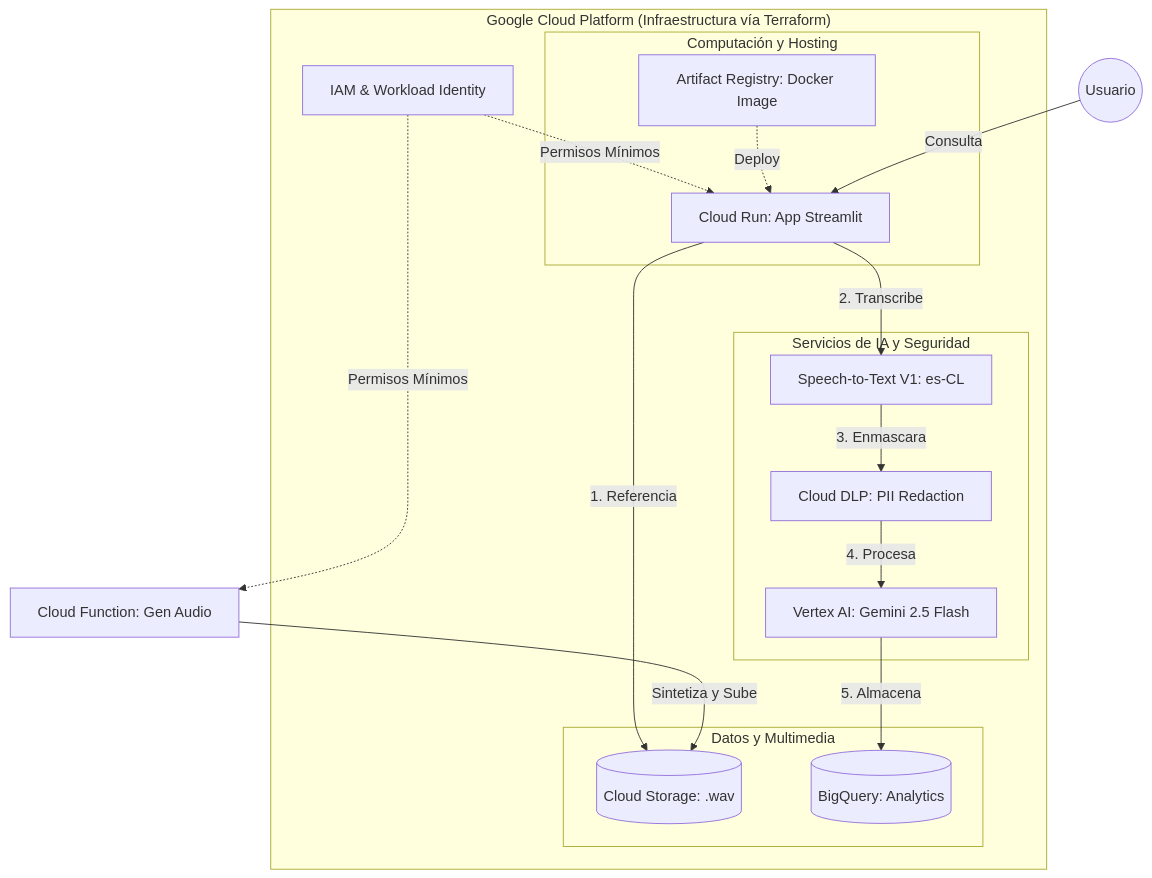
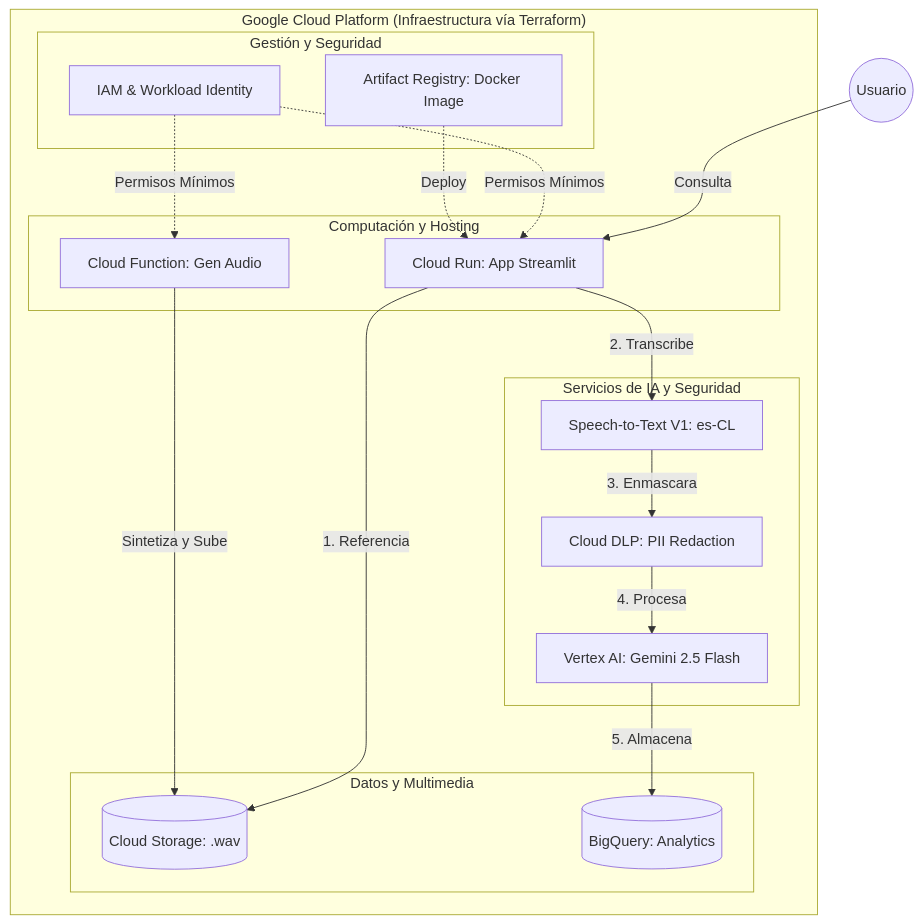
The diagram in README.md (sebastianorellana1156/gcp-speech-analytics), drawn with Mermaid before and after one commit.

Commit message:
docs: refine architecture diagram layout with subgraphs

````diff
--- a/README.md
+++ b/README.md
@@ -60,45 +60,51 @@
 ```mermaid
 graph TD
     %% Acciones Externas
     User((Usuario))
-    CF[Cloud Function: Gen Audio]
-    
+
     subgraph "Google Cloud Platform (Infraestructura vía Terraform)"
-        
-        %% Aplicación Core
-        subgraph "Computación y Hosting"
-            CR[Cloud Run: App Streamlit]
+
+        %% Capa de Soporte (Top)
+        subgraph "Gestión y Seguridad"
+            IAM[IAM & Workload Identity]
             AR[Artifact Registry: Docker Image]
         end
 
-        %% Almacenamiento
-        subgraph "Datos y Multimedia"
-            GCS[(Cloud Storage: .wav)]
-            BQ[(BigQuery: Analytics)]
+        %% Capa de Ejecución (Middle)
+        subgraph "Computación y Hosting"
+            CR[Cloud Run: App Streamlit]
+            CF[Cloud Function: Gen Audio]
         end
 
-        %% Pipeline de Inteligencia
+        %% Capa de Inteligencia (Bottom-Left)
         subgraph "Servicios de IA y Seguridad"
             STT[Speech-to-Text V1: es-CL]
             DLP[Cloud DLP: PII Redaction]
             Vertex[Vertex AI: Gemini 2.5 Flash]
         end
 
-        %% Seguridad
-        IAM[IAM & Workload Identity]
+        %% Capa de Almacenamiento (Bottom-Right)
+        subgraph "Datos y Multimedia"
+            GCS[(Cloud Storage: .wav)]
+            BQ[(BigQuery: Analytics)]
+        end
     end
 
-    %% Relaciones y Flujo
+    %% Relaciones de Soporte y Permisos (Líneas punteadas)
+    AR -.->|Deploy| CR
+    IAM -.->|Permisos Mínimos| CR
+    IAM -.->|Permisos Mínimos| CF
+
+    %% Interacción del Usuario
     User -->|Consulta| CR
+
+    %% Relaciones y Flujo de Datos
     CF -->|Sintetiza y Sube| GCS
     CR -->|1. Referencia| GCS
+    
+    %% Pipeline de IA
     CR -->|2. Transcribe| STT
     STT -->|3. Enmascara| DLP
     DLP -->|4. Procesa| Vertex
     Vertex -->|5. Almacena| BQ
-    
-    %% Soporte
-    AR -.->|Deploy| CR
-    IAM -.->|Permisos Mínimos| CR
-    IAM -.->|Permisos Mínimos| CF
 ```
````
